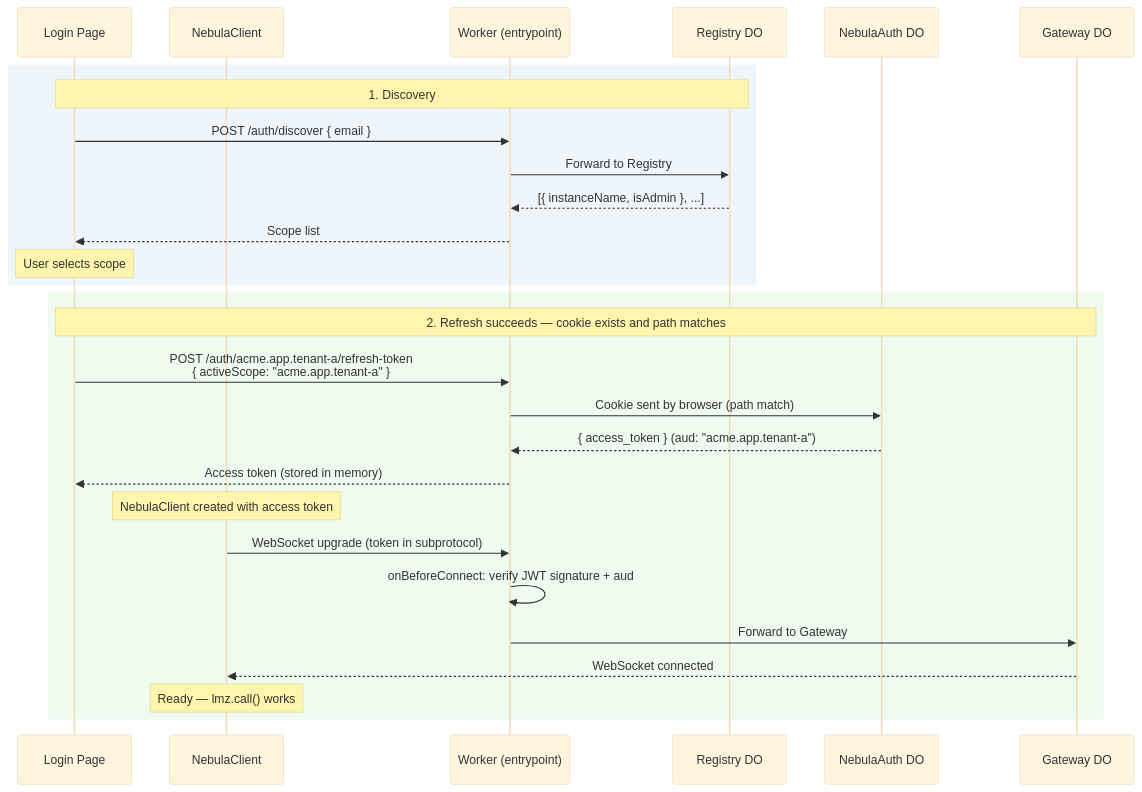
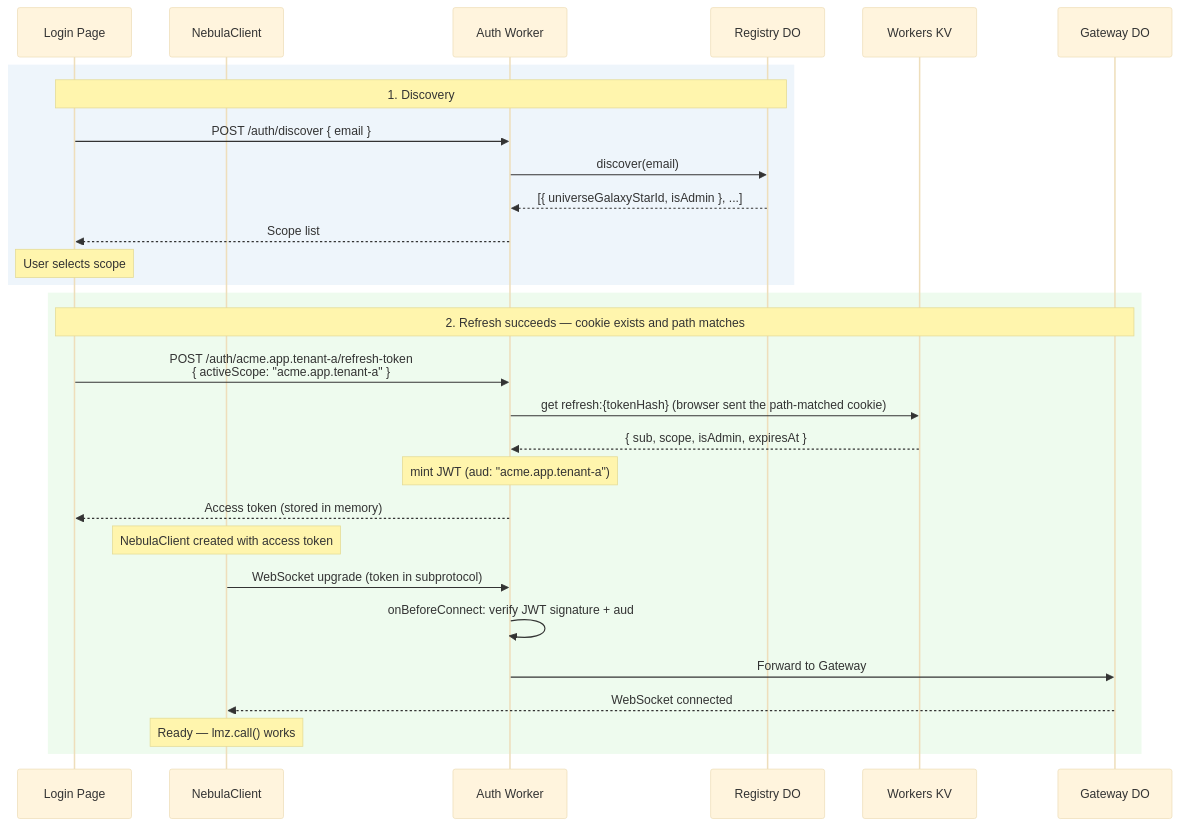
The second of 6 diagrams in website/docs/nebula/auth-flows.md (lumenize/lumenize), drawn with Mermaid (base theme) before and after one commit. The commit also changed other lines of this file and 1 other file, not shown here.

First line of the commit message:
docs(nebula): rewrite auth-flows.md to the surrogate-sub model (Phase 5, best-effort)

````diff
--- a/website/docs/nebula/auth-flows.md
+++ b/website/docs/nebula/auth-flows.md
@@ -93,32 +102,33 @@
 ```mermaid
 sequenceDiagram
     participant UI as Login Page
     participant NC as NebulaClient
-    participant W as Worker (entrypoint)
+    participant W as Auth Worker
     participant R as Registry DO
-    participant NA as NebulaAuth DO
+    participant KV as Workers KV
     participant GW as Gateway DO
 
     rect rgba(200, 220, 240, 0.3)
         Note over UI,R: 1. Discovery
         UI->>W: POST /auth/discover { email }
-        W->>R: Forward to Registry
-        R-->>W: [{ instanceName, isAdmin }, ...]
+        W->>R: discover(email)
+        R-->>W: [{ universeGalaxyStarId, isAdmin }, ...]
         W-->>UI: Scope list
         Note over UI: User selects scope
     end
 
     rect rgba(200, 240, 200, 0.3)
         Note over UI,GW: 2. Refresh succeeds — cookie exists and path matches
         UI->>W: POST /auth/acme.app.tenant-a/refresh-token<br/>{ activeScope: "acme.app.tenant-a" }
-        W->>NA: Cookie sent by browser (path match)
-        NA-->>W: { access_token } (aud: "acme.app.tenant-a")
+        W->>KV: get refresh:{tokenHash} (browser sent the path-matched cookie)
+        KV-->>W: { sub, scope, isAdmin, expiresAt }
+        Note over W: mint JWT (aud: "acme.app.tenant-a")
         W-->>UI: Access token (stored in memory)
         Note over NC: NebulaClient created with access token
         NC->>W: WebSocket upgrade (token in subprotocol)
         W->>W: onBeforeConnect: verify JWT signature + aud
         W->>GW: Forward to Gateway
         GW-->>NC: WebSocket connected
         Note over NC: Ready — lmz.call() works
     end
 ```
````
